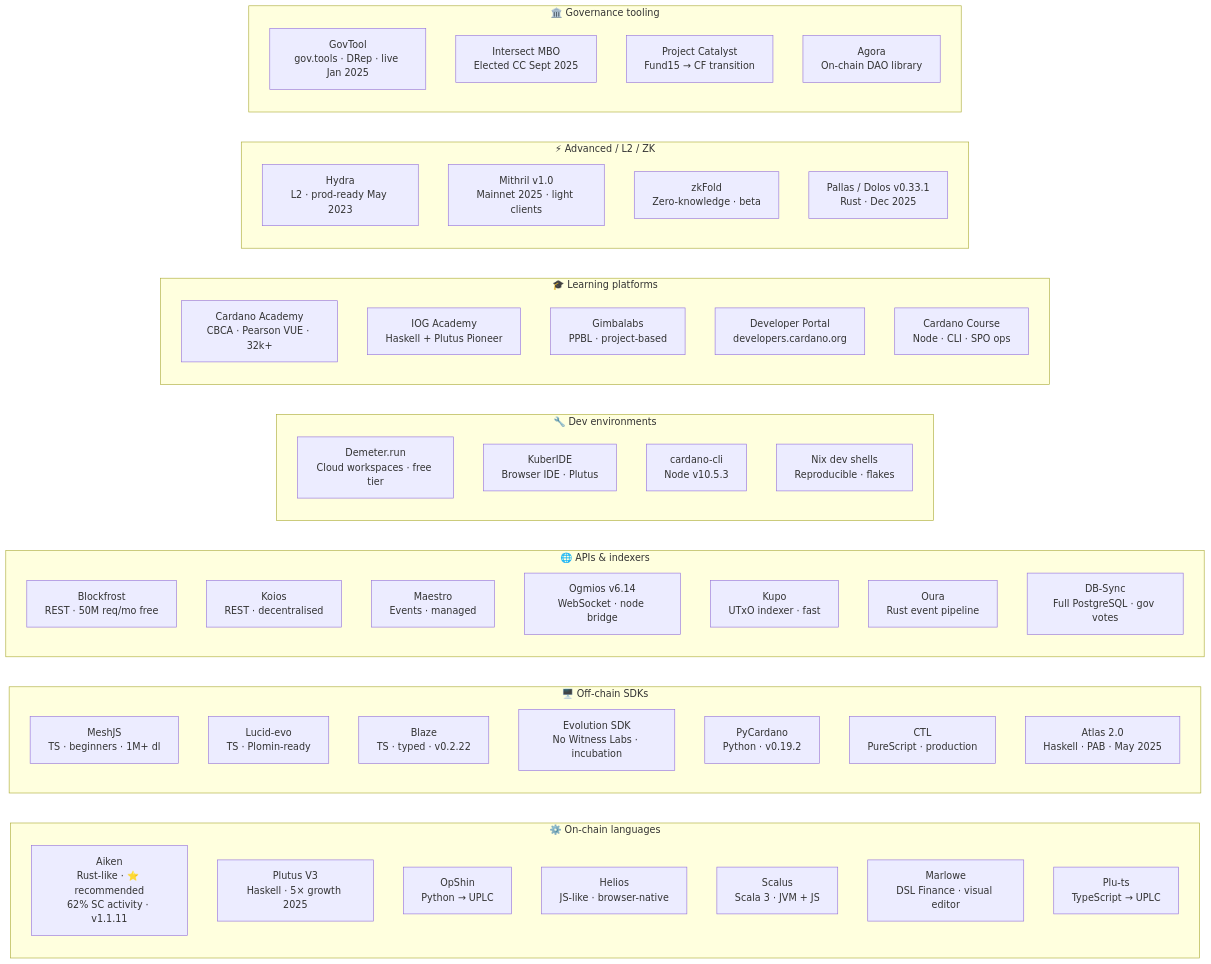
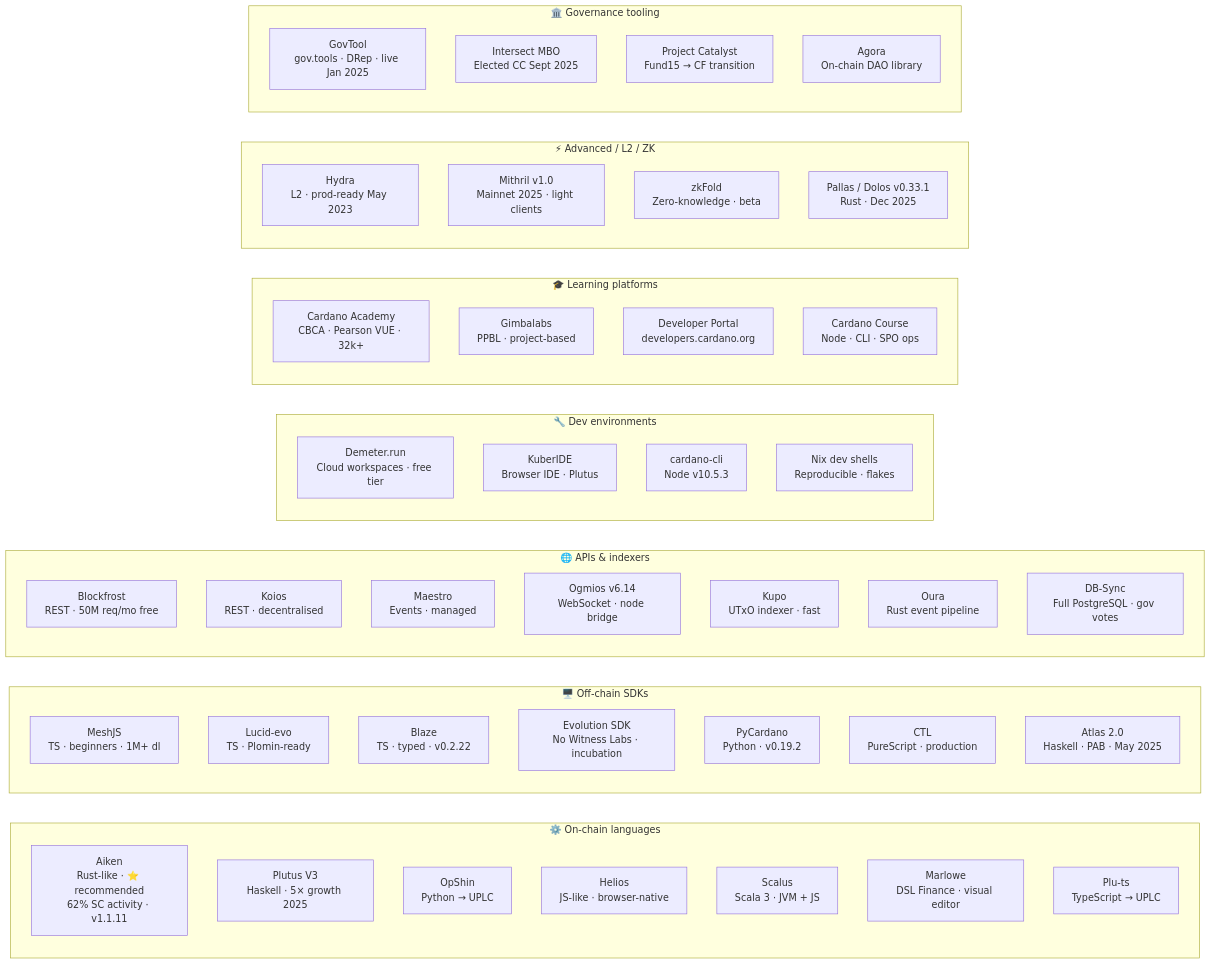
One commit to danbaruka/developer-experience changed the second of 4 diagrams in website/docs/working-group/sessions/q1-2026/12-cardano-developer-pathway/session-notes/readme.mdx. Above: the diagram before and after it, drawn with Mermaid. The commit also changed other lines of this file and 8 other files, not shown here.

````diff
--- a/website/docs/working-group/sessions/q1-2026/12-cardano-developer-pathway/session-notes/readme.mdx
+++ b/website/docs/working-group/sessions/q1-2026/12-cardano-developer-pathway/session-notes/readme.mdx
@@ -231,7 +230,6 @@
 
     subgraph LEARN2["🎓 Learning platforms"]
         CF_ACAD_T["Cardano Academy<br/>CBCA · Pearson VUE · 32k+"]
-        IOG_ACAD_T["IOG Academy<br/>Haskell + Plutus Pioneer"]
         GIMBAL_T["Gimbalabs<br/>PPBL · project-based"]
         DEV_PORTAL_T["Developer Portal<br/>developers.cardano.org"]
         CARDANO_COURSE_T["Cardano Course<br/>Node · CLI · SPO ops"]
@@ -251,42 +249,41 @@
         AGORA_T["Agora<br/>On-chain DAO library"]
     end
 
-    click AIKEN_T "https://aiken-lang.org" "Click to explore Aiken →"
-    click PLUTUS_T "https://plutus.readthedocs.io" "Click to explore Plutus V3 →"
-    click OPSHIN_T "https://opshin.dev" "Click to explore OpShin →"
-    click HELIOS_T "https://www.hyperion-bt.org/helios-book/" "Click to explore Helios →"
-    click SCALUS_T "https://scalus.org" "Click to explore Scalus →"
-    click MARLOWE_TL "https://docs.marlowe.iohk.io" "Click to explore Marlowe →"
-    click PLUTS_T "https://www.harmoniclabs.tech/plu-ts-docs/introduction.html" "Click to explore Plu-ts →"
-    click MESH_T "https://meshjs.dev" "Click to explore MeshJS →"
-    click LUCID_T "https://lucid-evolution.netlify.app" "Click to explore Lucid Evolution →"
-    click BLAZE_T "https://blaze.butane.dev" "Click to explore Blaze →"
-    click EVOLUTION_T "https://github.com/IntersectMBO/evolution-sdk" "Click to explore Evolution SDK →"
-    click PYCARDANO_T "https://pycardano.readthedocs.io" "Click to explore PyCardano →"
-    click CTL_T "https://github.com/Plutonomicon/cardano-transaction-lib" "Click to explore CTL →"
-    click ATLAS_T "https://atlas-app.io" "Click to explore Atlas →"
-    click BLOCKFROST_T "https://blockfrost.io" "Click to explore Blockfrost →"
-    click KOIOS_T "https://koios.rest" "Click to explore Koios →"
-    click MAESTRO_T "https://www.gomaestro.org" "Click to explore Maestro →"
-    click OGMIOS_T "https://ogmios.dev" "Click to explore Ogmios →"
-    click KUPO_T "https://cardanosolutions.github.io/kupo/" "Click to explore Kupo →"
-    click OURA_T "https://txpipe.github.io/oura/" "Click to explore Oura →"
-    click DBSYNC_T "https://github.com/IntersectMBO/cardano-db-sync" "Click to explore DB-Sync →"
-    click DEMETER_T "https://demeter.run" "Click to open Demeter.run →"
-    click KUBIDE_T "https://ide.kuber.run" "Click to open KuberIDE →"
-    click CLI_T "https://cardano-course.gitbook.io" "Click to open Cardano Course →"
-    click NIX_T "https://github.com/input-output-hk/iohk-nix" "Click to explore iohk-nix →"
-    click CF_ACAD_T "https://academy.cardanofoundation.org" "Click to open Cardano Academy →"
-    click IOG_ACAD_T "https://iog.io/en/education/" "Click to open IOG Academy →"
-    click GIMBAL_T "https://gimbalabs.com" "Click to open Gimbalabs →"
-    click DEV_PORTAL_T "https://developers.cardano.org" "Click to open Developer Portal →"
-    click CARDANO_COURSE_T "https://cardano-course.gitbook.io" "Click to open Cardano Course →"
-    click HYDRA_T "https://hydra.family" "Click to explore Hydra →"
-    click MITHRIL_T "https://mithril.network" "Click to explore Mithril →"
-    click ZKFOLD_T "https://zkfold.io" "Click to explore zkFold →"
-    click PALLAS_T "https://github.com/txpipe/pallas" "Click to explore Pallas →"
-    click GOVTOOL_T "https://gov.tools" "Click to open GovTool →"
-    click INTERSECT_T "https://intersectmbo.org" "Click to open Intersect MBO →"
-    click CATALYST_T "https://projectcatalyst.io" "Click to open Project Catalyst →"
-    click AGORA_T "https://github.com/Liqwid-Labs/agora" "Click to explore Agora →"
+    click AIKEN_T "https://aiken-lang.org"
+    click PLUTUS_T "https://plutus.readthedocs.io"
+    click OPSHIN_T "https://opshin.dev"
+    click HELIOS_T "https://www.hyperion-bt.org/helios-book/"
+    click SCALUS_T "https://scalus.org"
+    click MARLOWE_TL "https://marlowe.iohk.io"
+    click PLUTS_T "https://www.harmoniclabs.tech/plu-ts-docs/introduction.html"
+    click MESH_T "https://meshjs.dev"
+    click LUCID_T "https://lucid-evolution.netlify.app"
+    click BLAZE_T "https://blaze.butane.dev"
+    click EVOLUTION_T "https://github.com/IntersectMBO/evolution-sdk"
+    click PYCARDANO_T "https://pycardano.readthedocs.io"
+    click CTL_T "https://github.com/Plutonomicon/cardano-transaction-lib"
+    click ATLAS_T "https://atlas-app.io"
+    click BLOCKFROST_T "https://blockfrost.io"
+    click KOIOS_T "https://koios.rest"
+    click MAESTRO_T "https://www.gomaestro.org"
+    click OGMIOS_T "https://ogmios.dev"
+    click KUPO_T "https://cardanosolutions.github.io/kupo/"
+    click OURA_T "https://txpipe.github.io/oura/"
+    click DBSYNC_T "https://github.com/IntersectMBO/cardano-db-sync"
+    click DEMETER_T "https://demeter.run"
+    click KUBIDE_T "https://ide.kuber.run"
+    click CLI_T "https://cardano-course.gitbook.io"
+    click NIX_T "https://github.com/input-output-hk/iohk-nix"
+    click CF_ACAD_T "https://academy.cardanofoundation.org"
+    click GIMBAL_T "https://gimbalabs.com"
+    click DEV_PORTAL_T "https://developers.cardano.org"
+    click CARDANO_COURSE_T "https://cardano-course.gitbook.io"
+    click HYDRA_T "https://hydra.family"
+    click MITHRIL_T "https://mithril.network"
+    click ZKFOLD_T "https://zkfold.io"
+    click PALLAS_T "https://github.com/txpipe/pallas"
+    click GOVTOOL_T "https://gov.tools"
+    click INTERSECT_T "https://intersectmbo.org"
+    click CATALYST_T "https://projectcatalyst.io"
+    click AGORA_T "https://github.com/Liqwid-Labs/agora"
 ```
````
